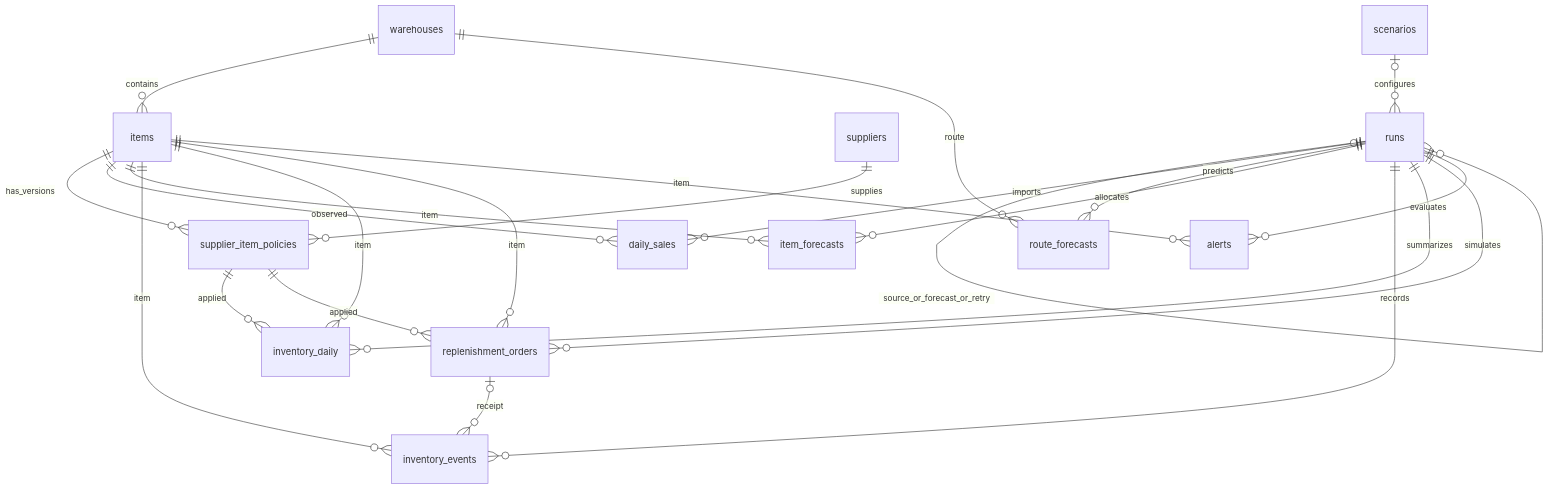
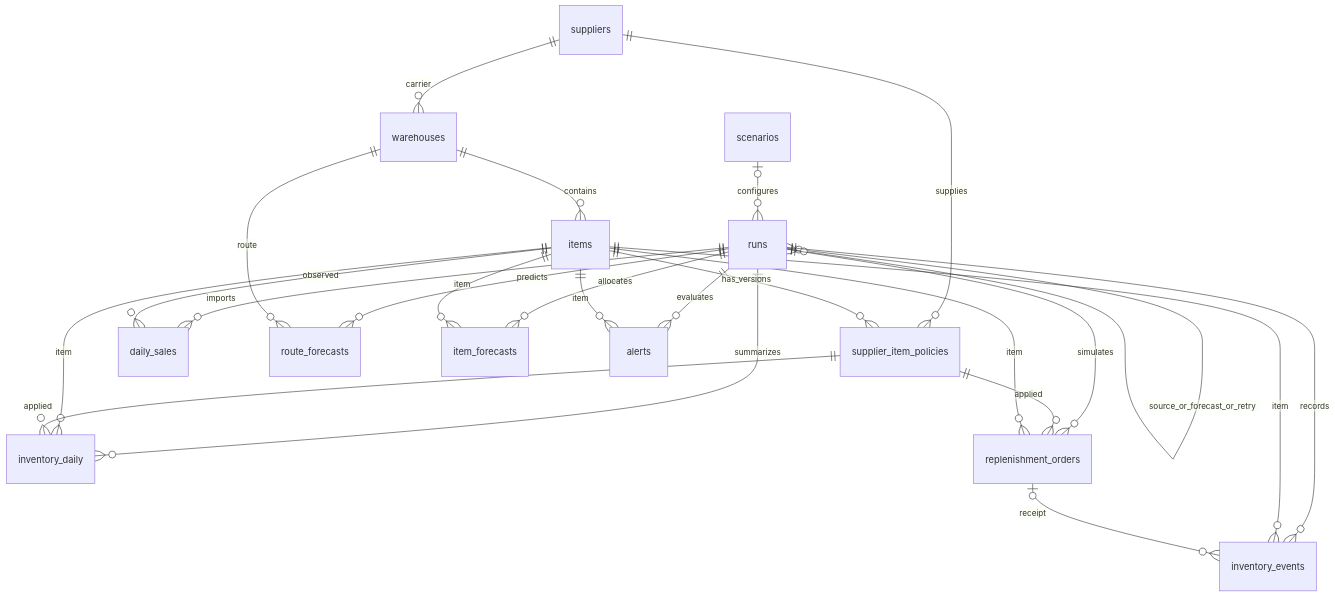
One commit to khanhnguyenpham/Sigma changed the diagram in M3/docs/02-data-model.md. Above: the diagram before and after it, drawn with Mermaid. The commit also changed other lines of this file and 31 other files, not shown here.

Commit message:
fix: use carriers as suppliers and simplify supplier schema

````diff
--- a/M3/docs/02-data-model.md
+++ b/M3/docs/02-data-model.md
@@ -69,25 +79,26 @@
 ```mermaid
 erDiagram
+    suppliers ||--o{ warehouses : carrier
     warehouses ||--o{ items : contains
     suppliers ||--o{ supplier_item_policies : supplies
     items ||--o{ supplier_item_policies : has_versions
     scenarios o|--o{ runs : configures
     runs o|--o{ runs : source_or_forecast_or_retry
     runs ||--o{ daily_sales : imports
     items ||--o{ daily_sales : observed
     runs ||--o{ route_forecasts : predicts
     warehouses ||--o{ route_forecasts : route
     runs ||--o{ item_forecasts : allocates
     items ||--o{ item_forecasts : item
     runs ||--o{ inventory_events : records
     items ||--o{ inventory_events : item
     runs ||--o{ inventory_daily : summarizes
     items ||--o{ inventory_daily : item
     supplier_item_policies ||--o{ inventory_daily : applied
     runs ||--o{ replenishment_orders : simulates
     supplier_item_policies ||--o{ replenishment_orders : applied
     items ||--o{ replenishment_orders : item
     replenishment_orders o|--o{ inventory_events : receipt
     runs ||--o{ alerts : evaluates
     items ||--o{ alerts : item
 ```
````
